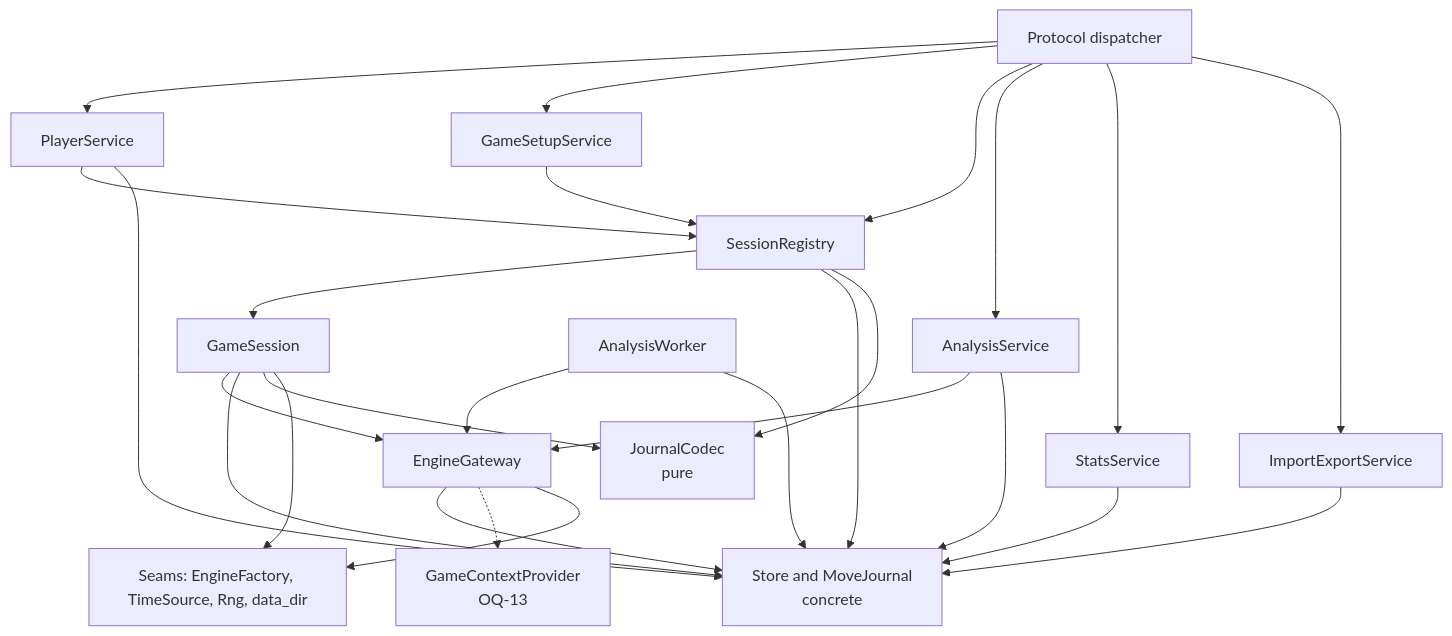
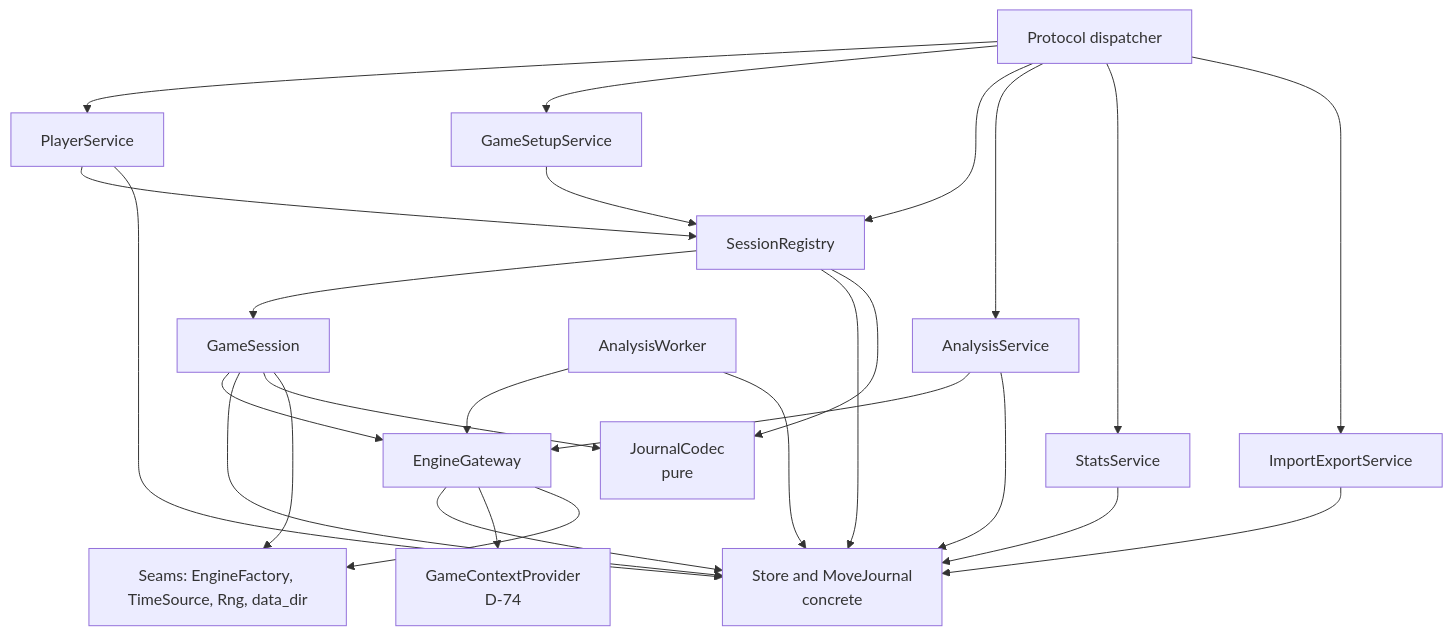
The third of 15 diagrams in docs/design/SDD-chess-app.md (bprascher/chess), drawn with Mermaid before and after one commit. The commit also changed other lines of this file and 10 other files, not shown here.

````diff
--- a/docs/design/SDD-chess-app.md
+++ b/docs/design/SDD-chess-app.md
@@ -251,41 +251,41 @@
 ```mermaid
 flowchart TB
     api["Protocol dispatcher"]
     pl["PlayerService"]
     su["GameSetupService"]
     reg["SessionRegistry"]
     ses["GameSession"]
     an["AnalysisService"]
     wk["AnalysisWorker"]
     gw["EngineGateway"]
     st["StatsService"]
     io["ImportExportService"]
     seam["Seams: EngineFactory, TimeSource, Rng, data_dir"]
     sto["Store and MoveJournal<br/>concrete"]
     codec["JournalCodec<br/>pure"]
     api --> pl
     api --> su
     api --> reg
     api --> an
     api --> st
     api --> io
     su --> reg
     reg --> ses
     ses --> gw
     an --> gw
     wk --> gw
     pl --> reg
     an --> sto
     gw --> sto
-    gw -.-> ctx["GameContextProvider<br/>OQ-13"]
+    gw --> ctx["GameContextProvider<br/>D-74"]
     gw --> seam
     pl --> sto
     reg --> sto
     ses --> sto
     ses --> codec
     reg --> codec
     ses --> seam
     st --> sto
     io --> sto
     wk --> sto
 ```
````
